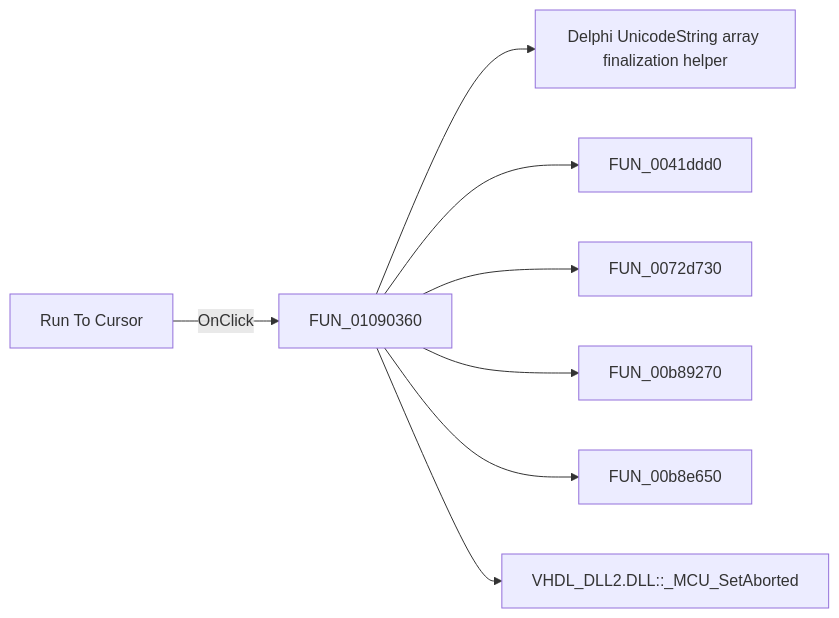
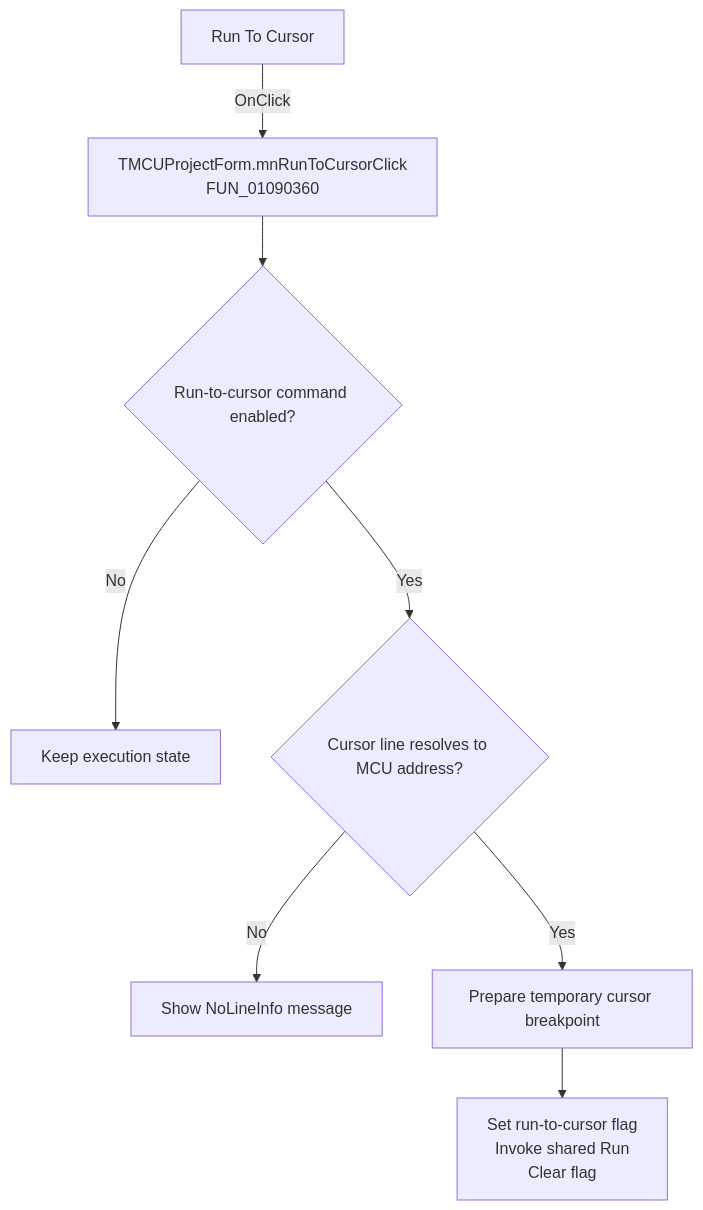
Before and after one commit to MovGP0/TIARA: the diagram in docs/ui-controls/mcuprojectform/mnruntocursor-3b8d867d6f.md, drawn with Mermaid. The commit also changed other lines of this file and 1062 other files, not shown here.

````diff
--- a/docs/ui-controls/mcuprojectform/mnruntocursor-3b8d867d6f.md
+++ b/docs/ui-controls/mcuprojectform/mnruntocursor-3b8d867d6f.md
@@ -27,10 +27,10 @@
 ```mermaid
-flowchart LR
-    control["Run To Cursor"] -->|OnClick| handler["FUN_01090360"]
-    handler --> call1["Delphi UnicodeString array finalization helper"]
-    handler --> call2["FUN_0041ddd0"]
-    handler --> call3["FUN_0072d730"]
-    handler --> call4["FUN_00b89270"]
-    handler --> call5["FUN_00b8e650"]
-    handler --> call6["VHDL_DLL2.DLL::_MCU_SetAborted"]
+flowchart TD
+    control["Run To Cursor"] -->|OnClick| handler["TMCUProjectForm.mnRunToCursorClick<br/>FUN_01090360"]
+    handler --> guard{"Run-to-cursor command enabled?"}
+    guard -->|No| noOp["Keep execution state"]
+    guard -->|Yes| line{"Cursor line resolves to MCU address?"}
+    line -->|No| error["Show NoLineInfo message"]
+    line -->|Yes| breakpoint["Prepare temporary cursor breakpoint"]
+    breakpoint --> run["Set run-to-cursor flag<br/>Invoke shared Run<br/>Clear flag"]
 ```
````
